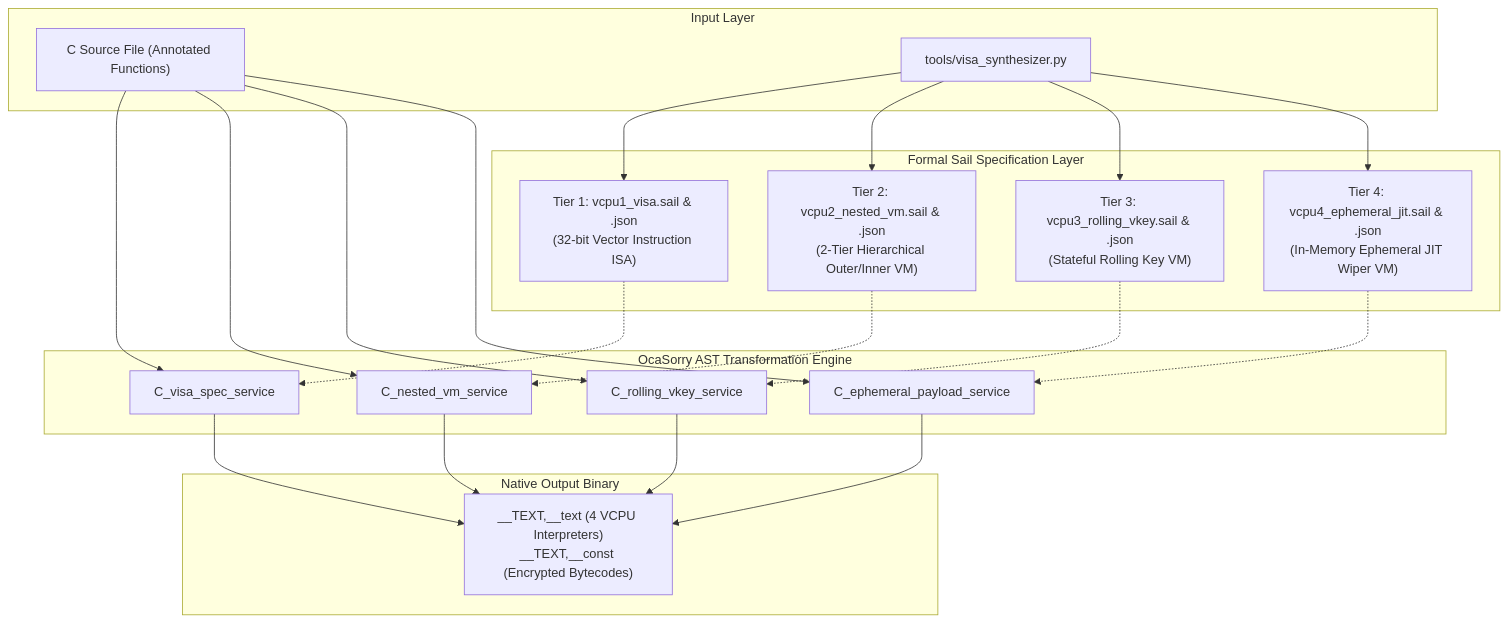
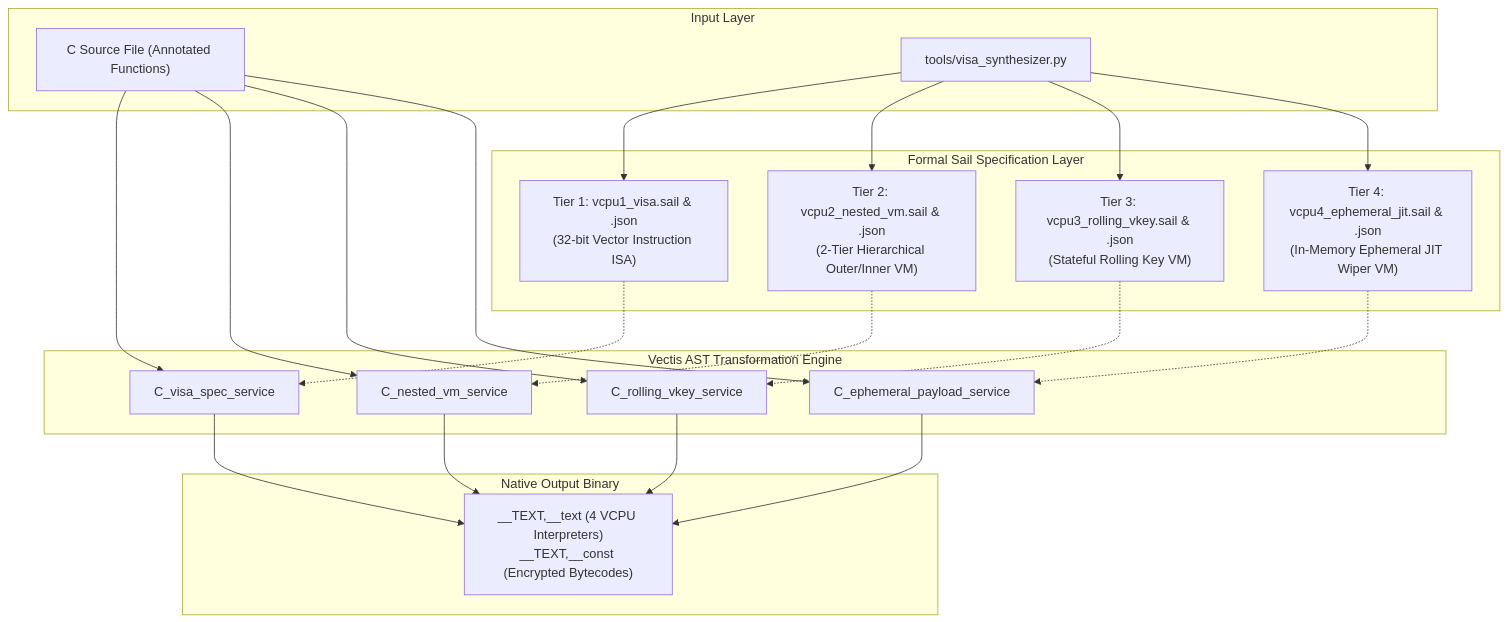
One commit to bivex/ocasorry changed the diagram in docs/4-vcpu-federated-virtualization.md. Above: the diagram before and after it, drawn with Mermaid. The commit also changed other lines of this file and 142 other files, not shown here.

````diff
--- a/docs/4-vcpu-federated-virtualization.md
+++ b/docs/4-vcpu-federated-virtualization.md
@@ -13,32 +13,32 @@
 ```mermaid
 graph TD
     subgraph "Input Layer"
         SRC["C Source File (Annotated Functions)"]
         SYNTH["tools/visa_synthesizer.py"]
     end
 
     subgraph "Formal Sail Specification Layer"
         SYNTH --> S1["Tier 1: vcpu1_visa.sail & .json<br/>(32-bit Vector Instruction ISA)"]
         SYNTH --> S2["Tier 2: vcpu2_nested_vm.sail & .json<br/>(2-Tier Hierarchical Outer/Inner VM)"]
         SYNTH --> S3["Tier 3: vcpu3_rolling_vkey.sail & .json<br/>(Stateful Rolling Key VM)"]
         SYNTH --> S4["Tier 4: vcpu4_ephemeral_jit.sail & .json<br/>(In-Memory Ephemeral JIT Wiper VM)"]
     end
 
-    subgraph "OcaSorry AST Transformation Engine"
+    subgraph "Vectis AST Transformation Engine"
         SRC --> C1["C_visa_spec_service"]
         SRC --> C2["C_nested_vm_service"]
         SRC --> C3["C_rolling_vkey_service"]
         SRC --> C4["C_ephemeral_payload_service"]
         S1 -.-> C1
         S2 -.-> C2
         S3 -.-> C3
         S4 -.-> C4
     end
 
     subgraph "Native Output Binary"
         C1 --> BIN["__TEXT,__text (4 VCPU Interpreters)<br/>__TEXT,__const (Encrypted Bytecodes)"]
         C2 --> BIN
         C3 --> BIN
         C4 --> BIN
     end
 ```
````
